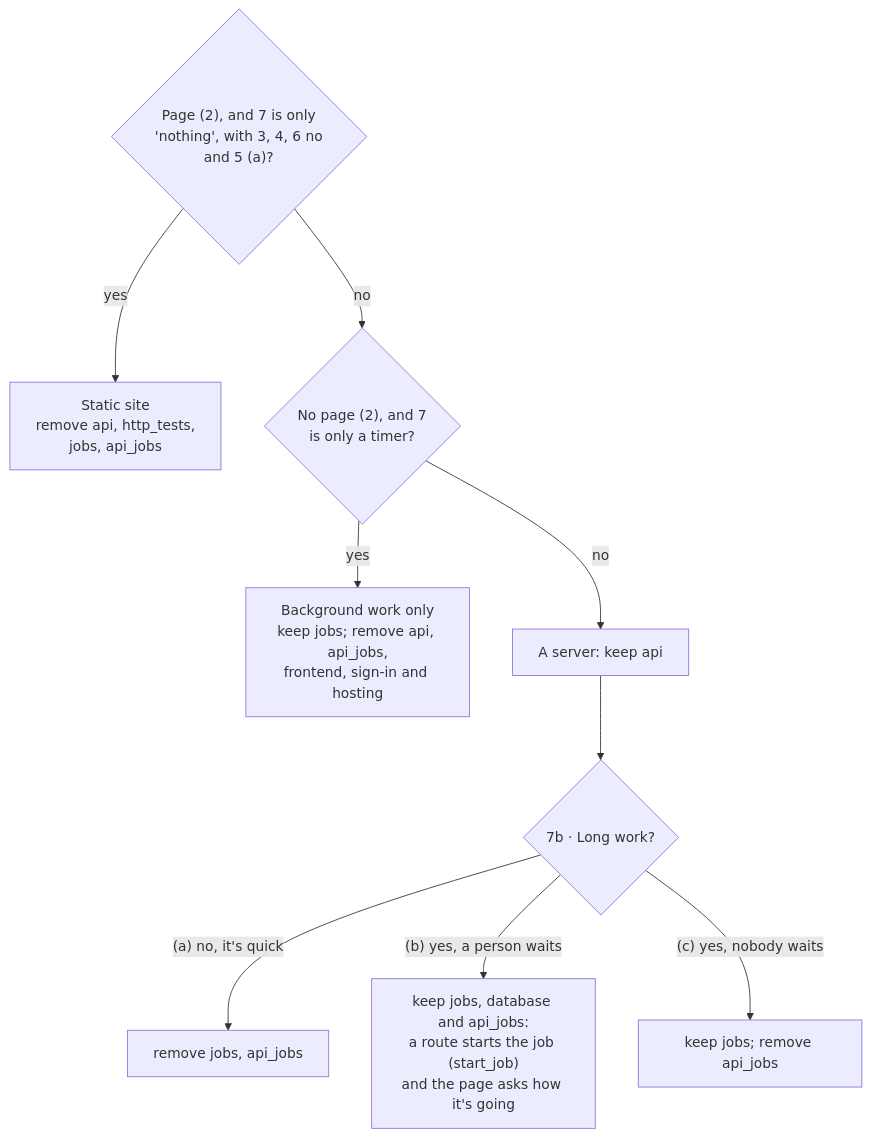
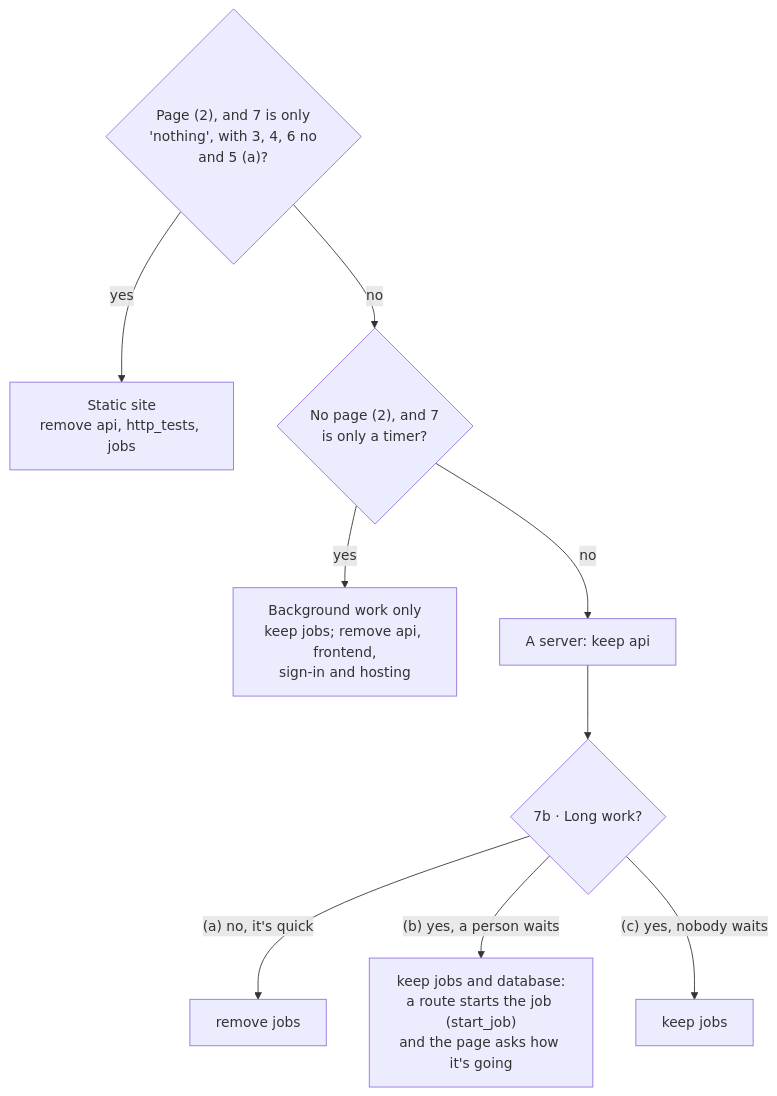
One commit to TheLampshady/stackkit changed the second of 2 diagrams in docs/INTERVIEW.md. Above: the diagram before and after it, drawn with Mermaid. The commit also changed other lines of this file and 17 other files, not shown here.

First line of the commit message:
[FEATURE] :: Fold the server starting jobs into api, jobs and database, and add a module map

````diff
--- a/docs/INTERVIEW.md
+++ b/docs/INTERVIEW.md
@@ -102,11 +102,11 @@
 ```mermaid
 flowchart TD
-    A{"Page (2), and 7 is only<br/>'nothing', with 3, 4, 6 no<br/>and 5 (a)?"} -- yes --> S["Static site<br/>remove api, http_tests,<br/>jobs, api_jobs"]
+    A{"Page (2), and 7 is only<br/>'nothing', with 3, 4, 6 no<br/>and 5 (a)?"} -- yes --> S["Static site<br/>remove api, http_tests, jobs"]
     A -- no --> B{"No page (2), and 7<br/>is only a timer?"}
-    B -- yes --> J["Background work only<br/>keep jobs; remove api, api_jobs,<br/>frontend, sign-in and hosting"]
+    B -- yes --> J["Background work only<br/>keep jobs; remove api, frontend,<br/>sign-in and hosting"]
     B -- no --> C["A server: keep api"]
     C --> D{"7b · Long work?"}
-    D -- "(a) no, it's quick" --> N["remove jobs, api_jobs"]
-    D -- "(b) yes, a person waits" --> W["keep jobs, database and api_jobs:<br/>a route starts the job (start_job)<br/>and the page asks how it's going"]
-    D -- "(c) yes, nobody waits" --> T["keep jobs; remove api_jobs"]
+    D -- "(a) no, it's quick" --> N["remove jobs"]
+    D -- "(b) yes, a person waits" --> W["keep jobs and database:<br/>a route starts the job (start_job)<br/>and the page asks how it's going"]
+    D -- "(c) yes, nobody waits" --> T["keep jobs"]
 ```
````
